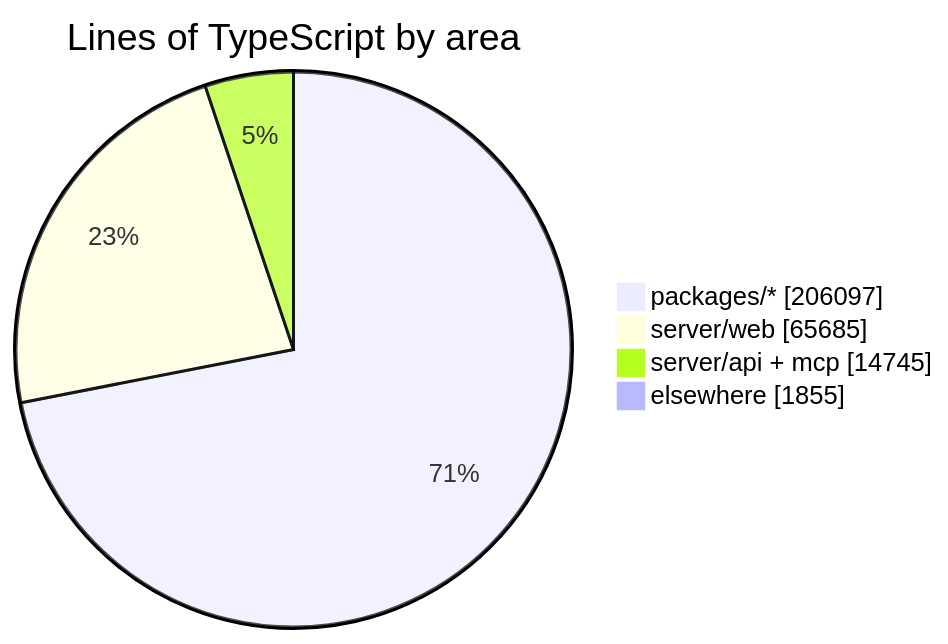
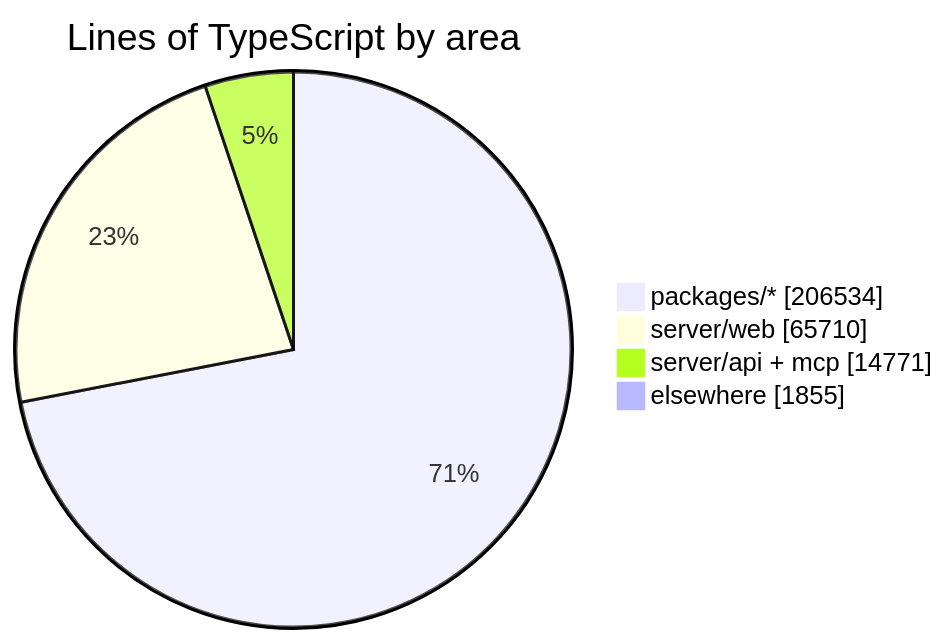
Before and after one commit to crossworks-engineering/mantle: the diagram in README.md, drawn with Mermaid. The commit also changed other lines of this file and 2 other files, not shown here.

````diff
--- a/README.md
+++ b/README.md
@@ -287,7 +287,7 @@
 ```mermaid
 pie showData title Lines of TypeScript by area
-    "packages/*" : 206097
-    "server/web" : 65685
-    "server/api + mcp" : 14745
+    "packages/*" : 206534
+    "server/web" : 65710
+    "server/api + mcp" : 14771
     "elsewhere" : 1855
 ```
````
